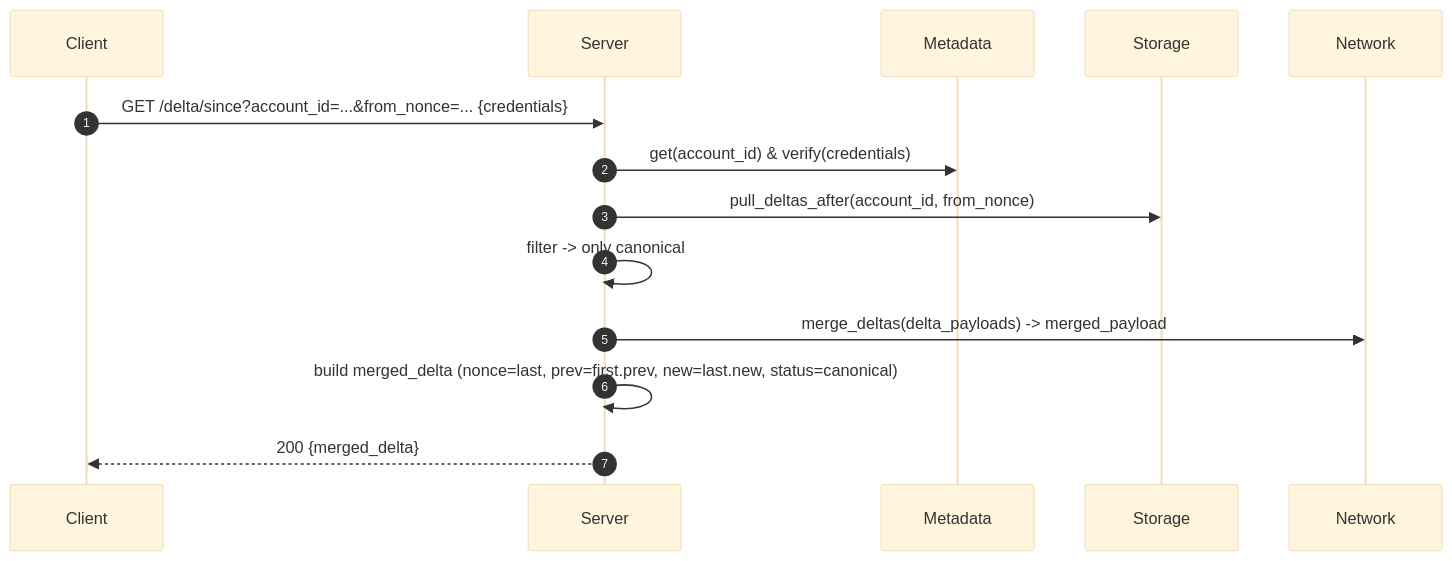
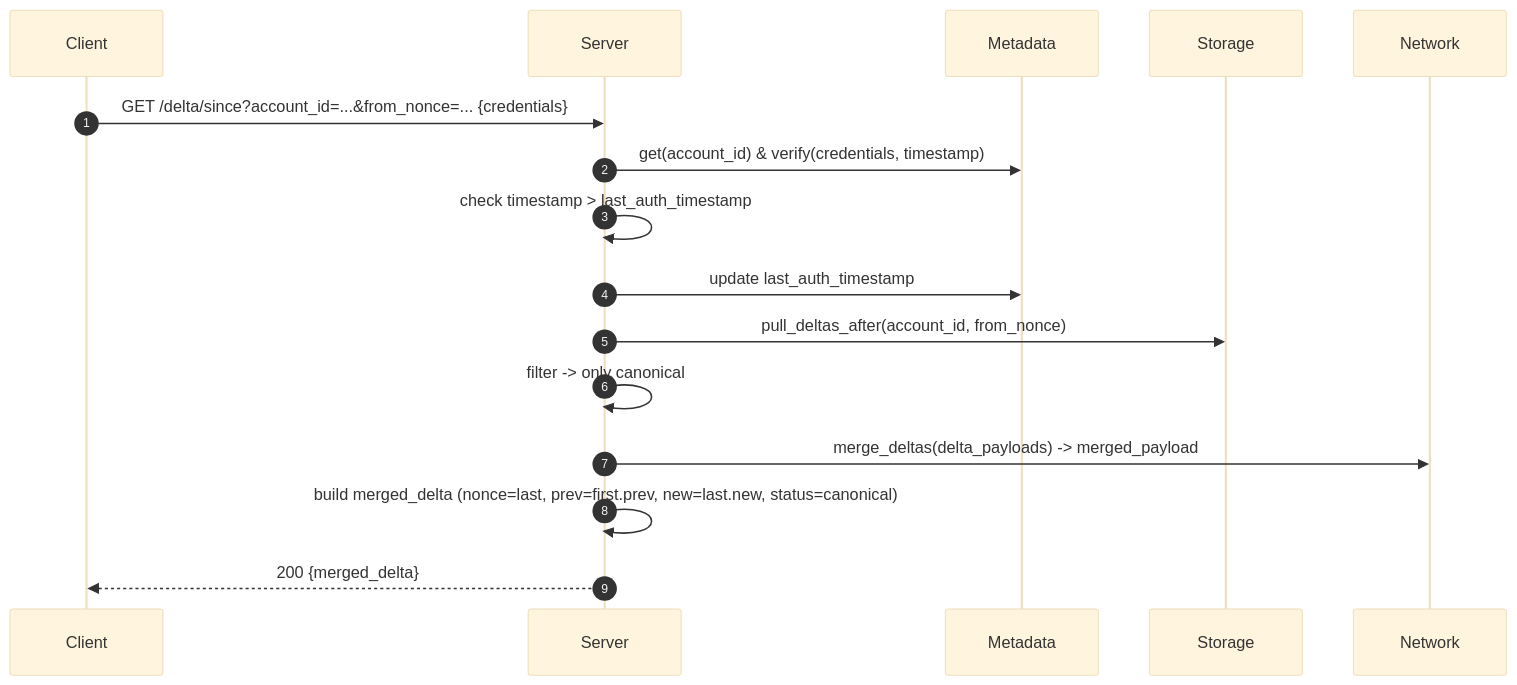
Before and after one commit to OpenZeppelin/guardian: the fifth of 9 diagrams in spec/processes.md, drawn with Mermaid (base theme). The commit also changed other lines of this file and 43 other files, not shown here.

````diff
--- a/spec/processes.md
+++ b/spec/processes.md
@@ -89,16 +96,18 @@
 ```mermaid
 sequenceDiagram
   autonumber
   participant C as Client
   participant S as Server
   participant M as Metadata
   participant ST as Storage
   participant N as Network
   C->>S: GET /delta/since?account_id=...&from_nonce=... {credentials}
-  S->>M: get(account_id) & verify(credentials)
+  S->>M: get(account_id) & verify(credentials, timestamp)
+  S->>S: check timestamp > last_auth_timestamp
+  S->>M: update last_auth_timestamp
   S->>ST: pull_deltas_after(account_id, from_nonce)
   S->>S: filter -> only canonical
   S->>N: merge_deltas(delta_payloads) -> merged_payload
   S->>S: build merged_delta (nonce=last, prev=first.prev, new=last.new, status=canonical)
   S-->>C: 200 {merged_delta}
 ```
````
